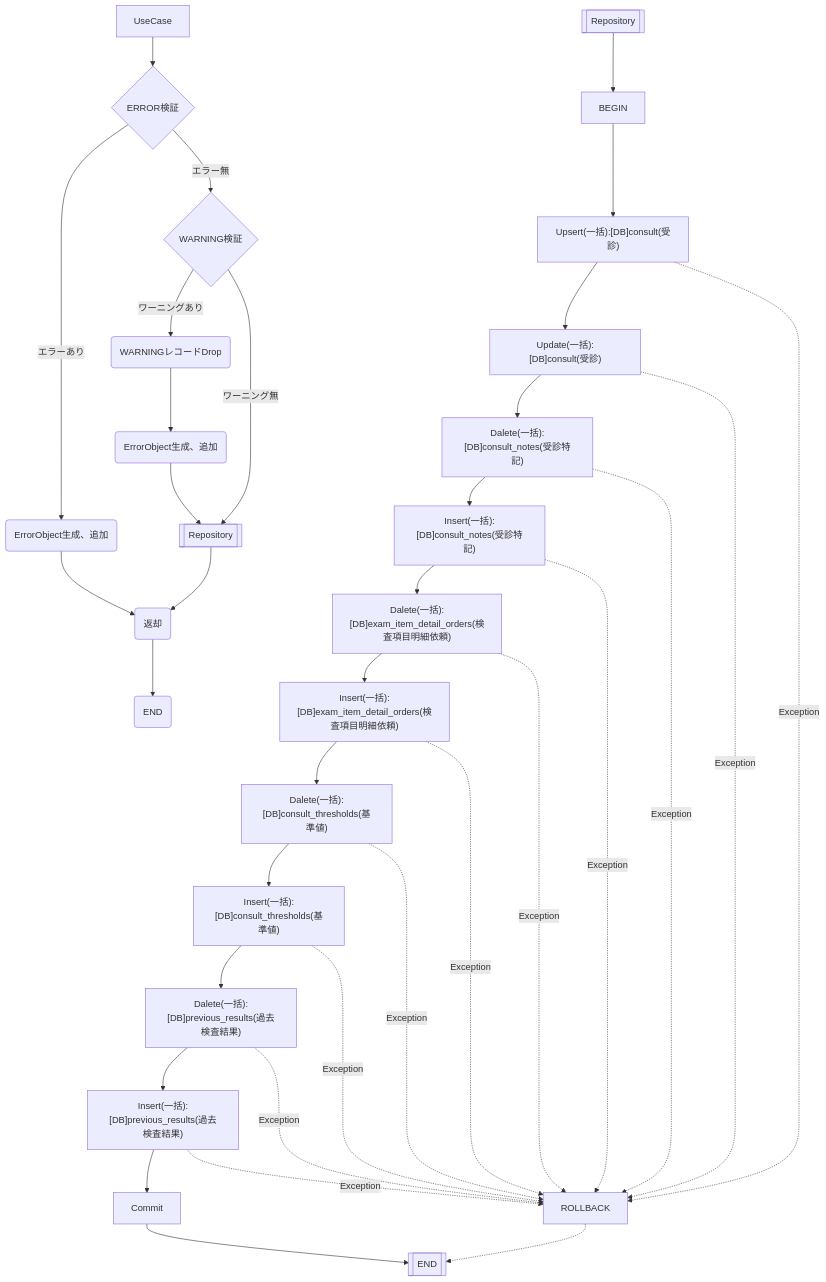
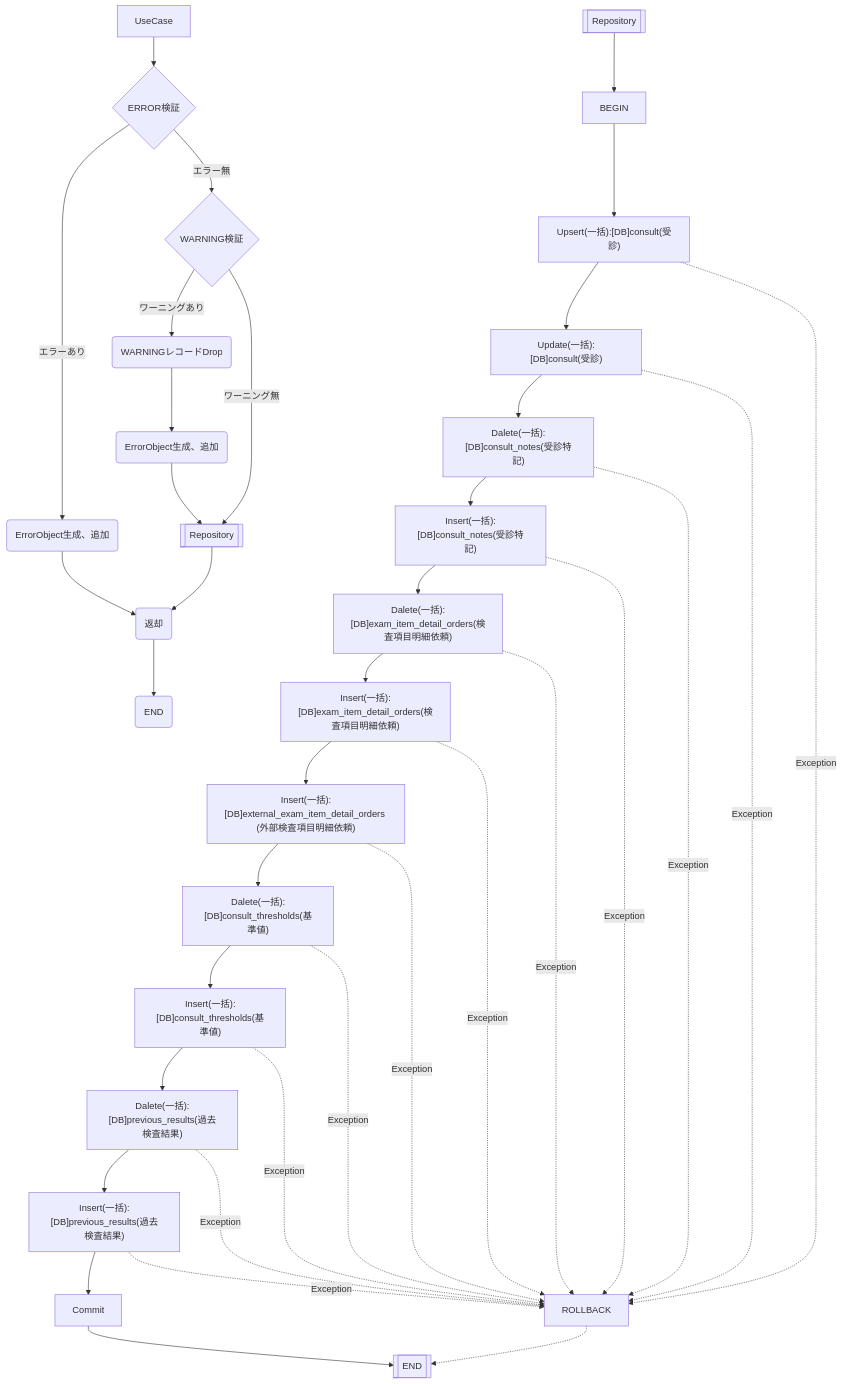
One commit to MrWangpeilin945/FlutterIOS changed the diagram in Documents/外部IF設計書/src/docs/インターフェース/EC2004_受診を更新する.adoc. Above: the diagram before and after it, drawn with Mermaid. The commit also changed other lines of this file, not shown here.

```diff
--- a/Documents/外部IF設計書/src/docs/インターフェース/EC2004_受診を更新する.adoc
+++ b/Documents/外部IF設計書/src/docs/インターフェース/EC2004_受診を更新する.adoc
@@ -10,39 +10,41 @@
 [mermaid]
 ----
 flowchart TD
     A[UseCase] --> ERROR{ERROR検証}
     ERROR -- エラーあり --> C(ErrorObject生成、追加)
     ERROR -- エラー無 --> WARNING{WARNING検証}    
     WARNING -- ワーニングあり --> DROP(WARNINGレコードDrop)
     DROP(WARNINGレコードDrop) --> DROP_REC(ErrorObject生成、追加)
     DROP_REC --> D[[Repository]]
     WARNING -- ワーニング無 --> D
     C --> E(返却)
     D --> E
     E --> UseCaseEND(END)
 
     F[[Repository]] --> G[BEGIN]
     G --> H["Upsert(一括):[DB]consult(受診)"]
     H --> I["Update(一括):[DB]consult(受診)"]
     I --> J["Dalete(一括):[DB]consult_notes(受診特記)"]
     J --> K["Insert(一括):[DB]consult_notes(受診特記)"]
     K --> L["Dalete(一括):[DB]exam_item_detail_orders(検査項目明細依頼)"]
-    L --> M["Insert(一括):[DB]exam_item_detail_orders(検査項目明細依頼)"]
+    L --> L2["Insert(一括):[DB]exam_item_detail_orders(検査項目明細依頼)"]
+    L2 --> M["Insert(一括):[DB]external_exam_item_detail_orders (外部検査項目明細依頼)"]
     M --> N["Dalete(一括):[DB]consult_thresholds(基準値)"]
     N --> O["Insert(一括):[DB]consult_thresholds(基準値)"]
     O --> P["Dalete(一括):[DB]previous_results(過去検査結果)"]
     P --> Q["Insert(一括):[DB]previous_results(過去検査結果)"]
     Q --> Commit[Commit]
     H -.Exception.-> ROLLBACK[ROLLBACK]
     I -.Exception.-> ROLLBACK
     J -.Exception.-> ROLLBACK
     K -.Exception.-> ROLLBACK
     L -.Exception.-> ROLLBACK
+    L2 -.Exception.-> ROLLBACK
     M -.Exception.-> ROLLBACK
     N -.Exception.-> ROLLBACK
     O -.Exception.-> ROLLBACK
     P -.Exception.-> ROLLBACK
     Q -.Exception.-> ROLLBACK
     Commit --> RepositoryEND[[END]]
     ROLLBACK .-> RepositoryEND
 ----
```
